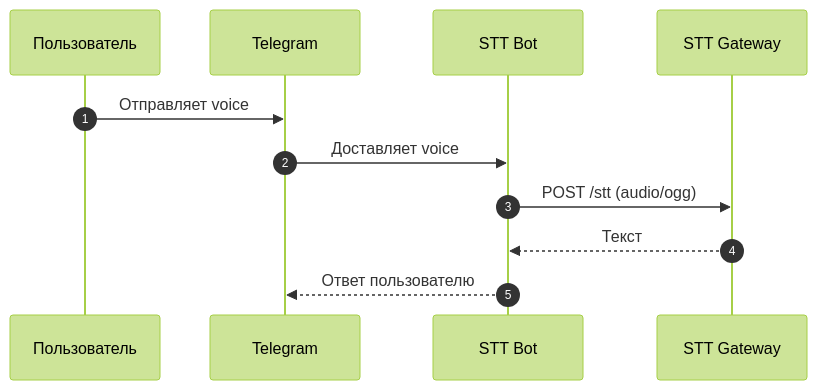
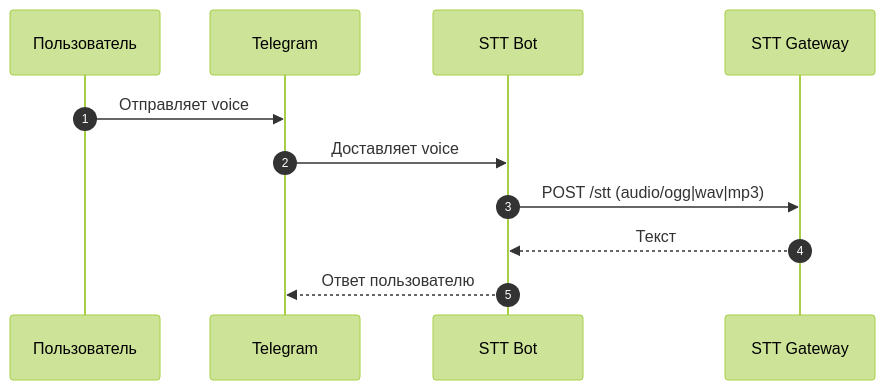
The diagram in README.md (Hocopor/STT_bot), drawn with Mermaid (forest theme) before and after one commit. The commit also changed other lines of this file and 2 other files, not shown here.

````diff
--- a/README.md
+++ b/README.md
@@ -19,14 +22,14 @@
 ```mermaid
 sequenceDiagram
     autonumber
     participant User as Пользователь
     participant TG as Telegram
     participant Bot as STT Bot
     participant STT as STT Gateway
 
     User->>TG: Отправляет voice
     TG->>Bot: Доставляет voice
-    Bot->>STT: POST /stt (audio/ogg)
+    Bot->>STT: POST /stt (audio/ogg|wav|mp3)
     STT-->>Bot: Текст
     Bot-->>TG: Ответ пользователю
 ```
````
